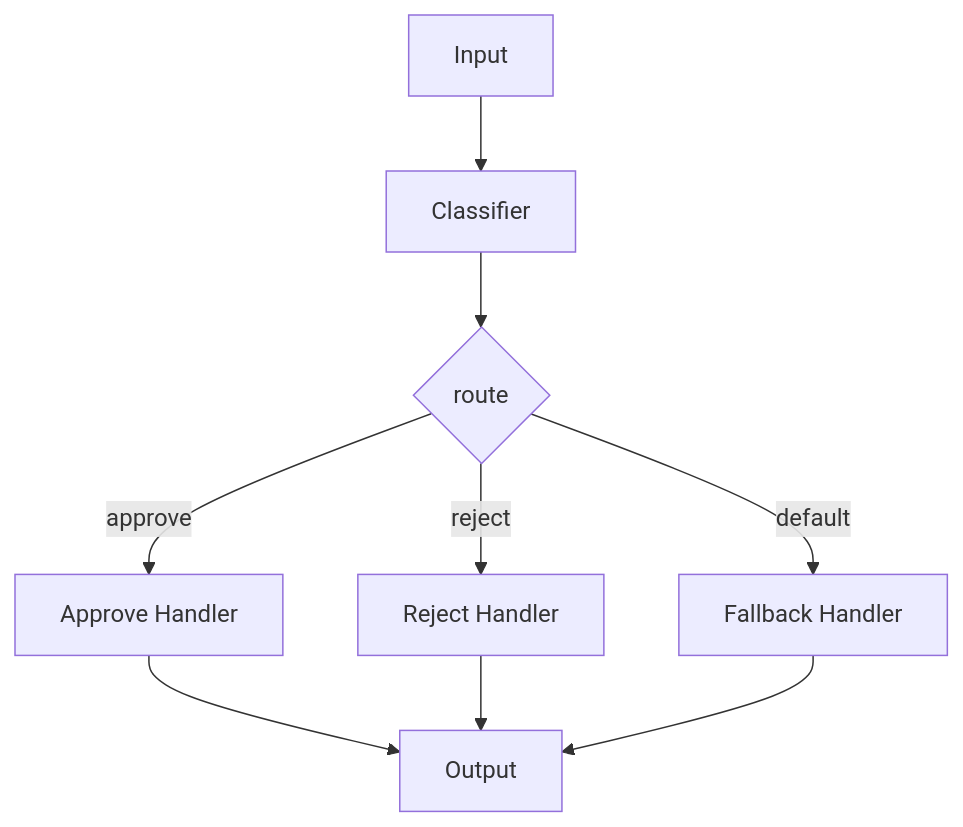
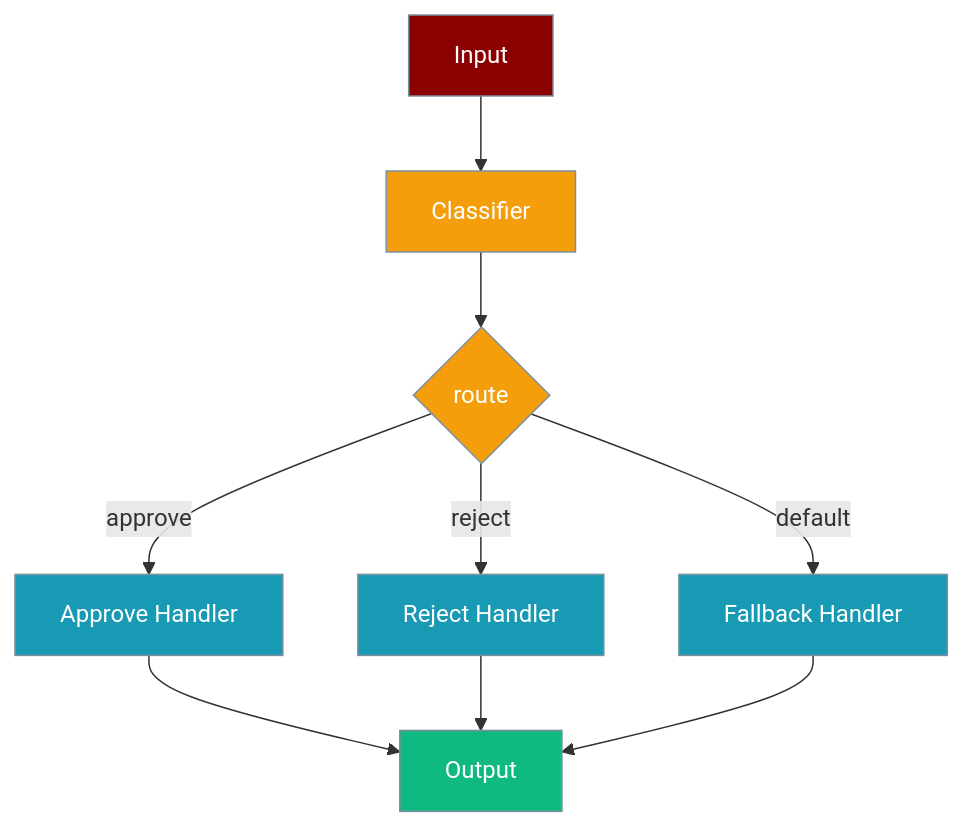
Before and after one commit to MervinPraison/PraisonAIDocs: the diagram in docs/features/workflow-routing.mdx, drawn with Mermaid. The commit also changed other lines of this file and 4 other files, not shown here.

````diff
--- a/docs/features/workflow-routing.mdx
+++ b/docs/features/workflow-routing.mdx
@@ -11,11 +12,21 @@
 ```mermaid
 graph TD
     A[Input] --> B[Classifier]
     B --> C{route}
     C -->|approve| D[Approve Handler]
     C -->|reject| E[Reject Handler]
     C -->|default| F[Fallback Handler]
     D --> G[Output]
     E --> G
     F --> G
+    
+    classDef input fill:#8B0000,stroke:#7C90A0,color:#fff
+    classDef decision fill:#F59E0B,stroke:#7C90A0,color:#fff
+    classDef handler fill:#189AB4,stroke:#7C90A0,color:#fff
+    classDef output fill:#10B981,stroke:#7C90A0,color:#fff
+    
+    class A input
+    class B,C decision
+    class D,E,F handler
+    class G output
 ```
````
